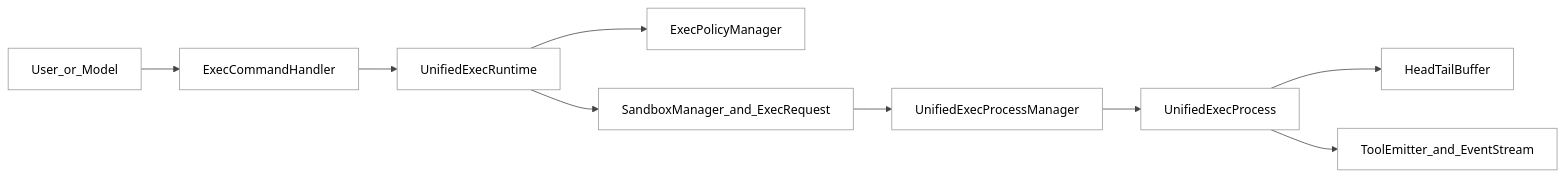
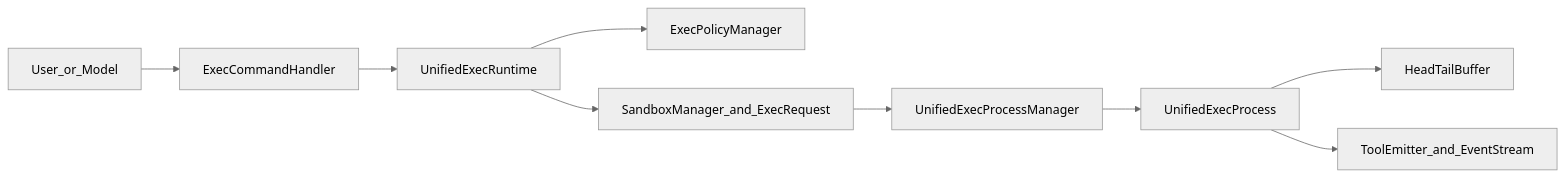
The first of 6 diagrams in Part II Source Analysis/10-命令执行与unified_exec.md (GLBB/codex-source-analysis), drawn with Mermaid before and after one commit. The commit also changed other lines of this file and 29 other files, not shown here.

````diff
--- a/Part II Source Analysis/10-命令执行与unified_exec.md
+++ b/Part II Source Analysis/10-命令执行与unified_exec.md
@@ -179,12 +179,12 @@
 ```mermaid
-%%{init: {"theme":"neutral","themeCSS":"svg { background: #ffffff !important; } .label, .nodeLabel, .edgeLabel, .messageText, text { fill: #000000 !important; color: #000000 !important; }","themeVariables":{"background":"#ffffff","mainBkg":"#ffffff","primaryColor":"#f5f5f5","secondaryColor":"#f6f8fa","tertiaryColor":"#ffffff","primaryTextColor":"#000000","primaryBorderColor":"#333333","lineColor":"#444444","textColor":"#000000","edgeLabelBackground":"#ffffff"}}}%%
+%%{init:{'theme':'neutral','themeVariables':{'background':'#ffffff'}}}%%
 flowchart LR
     User["User_or_Model"] --> Handler["ExecCommandHandler"]
     Handler --> Runtime["UnifiedExecRuntime"]
     Runtime --> Policy["ExecPolicyManager"]
     Runtime --> Sandbox["SandboxManager_and_ExecRequest"]
     Sandbox --> Manager["UnifiedExecProcessManager"]
     Manager --> Process["UnifiedExecProcess"]
     Process --> Buffer["HeadTailBuffer"]
     Process --> Events["ToolEmitter_and_EventStream"]
 ```
````
